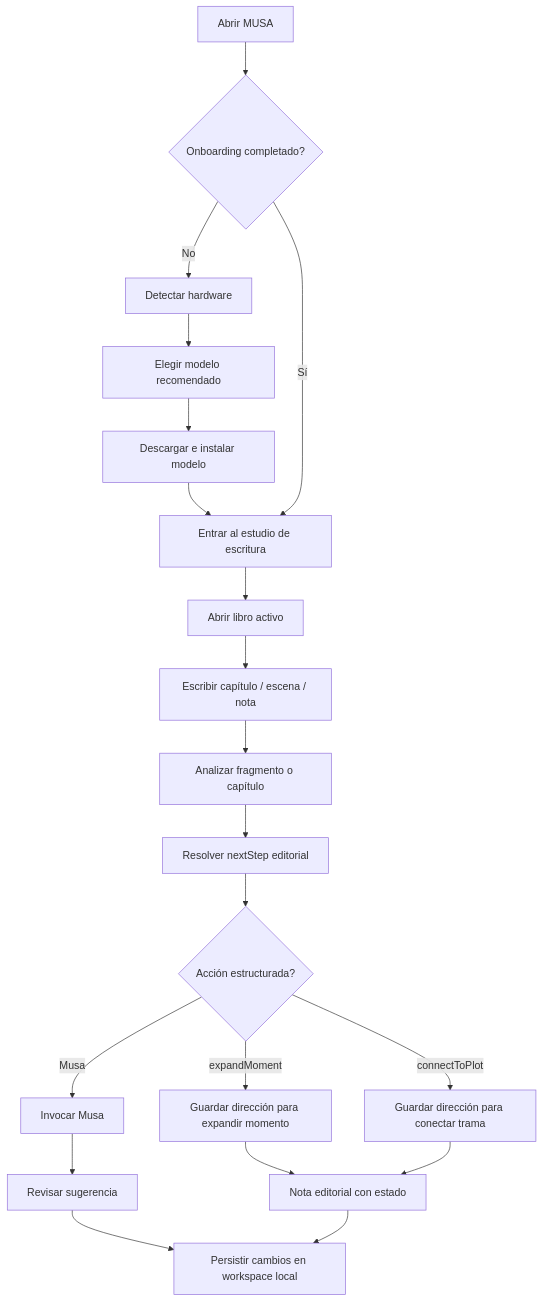
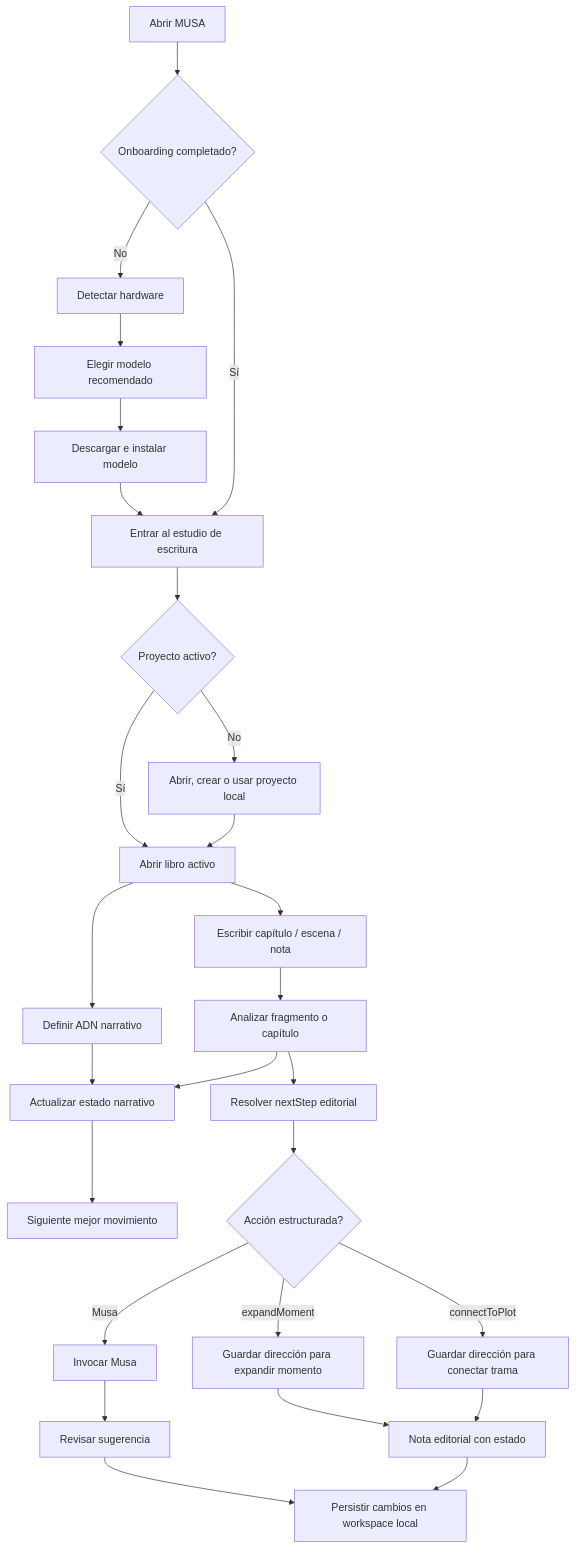
Before and after one commit to Pacovalgor/MUSA: the second of 3 diagrams in README.md, drawn with Mermaid. The commit also changed other lines of this file and 25 other files, not shown here.

Commit message:
Add narrative copilot and project files

````diff
--- a/README.md
+++ b/README.md
@@ -104,22 +110,29 @@
 ```mermaid
 flowchart TD
     Start["Abrir MUSA"] --> Onboarding{"Onboarding completado?"}
     Onboarding -- No --> Detect["Detectar hardware"]
     Detect --> Pick["Elegir modelo recomendado"]
     Pick --> Download["Descargar e instalar modelo"]
     Download --> App["Entrar al estudio de escritura"]
     Onboarding -- Sí --> App
-    App --> Book["Abrir libro activo"]
+    App --> Project{"Proyecto activo?"}
+    Project -- No --> OpenProject["Abrir, crear o usar proyecto local"]
+    Project -- Sí --> Book["Abrir libro activo"]
+    OpenProject --> Book
     Book --> Write["Escribir capítulo / escena / nota"]
+    Book --> Profile["Definir ADN narrativo"]
     Write --> Analyze["Analizar fragmento o capítulo"]
+    Profile --> Copilot["Actualizar estado narrativo"]
+    Analyze --> Copilot
+    Copilot --> Move["Siguiente mejor movimiento"]
     Analyze --> Decide["Resolver nextStep editorial"]
     Decide --> Workflow{"Acción estructurada?"}
     Workflow -- "expandMoment" --> Expand["Guardar dirección para expandir momento"]
     Workflow -- "connectToPlot" --> Plot["Guardar dirección para conectar trama"]
     Workflow -- "Musa" --> Invoke["Invocar Musa"]
     Expand --> Notes["Nota editorial con estado"]
     Plot --> Notes
     Invoke --> Review["Revisar sugerencia"]
     Review --> Persist["Persistir cambios en workspace local"]
     Notes --> Persist
 ```
````
